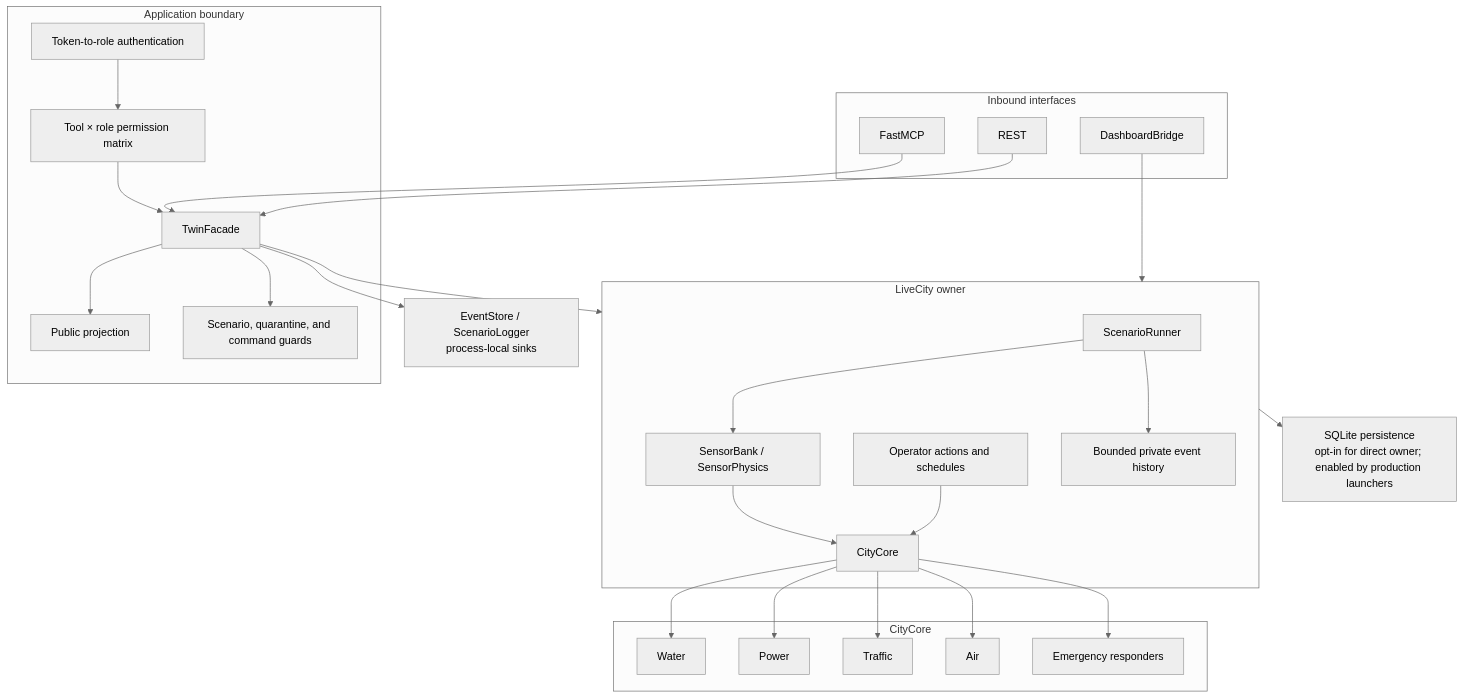
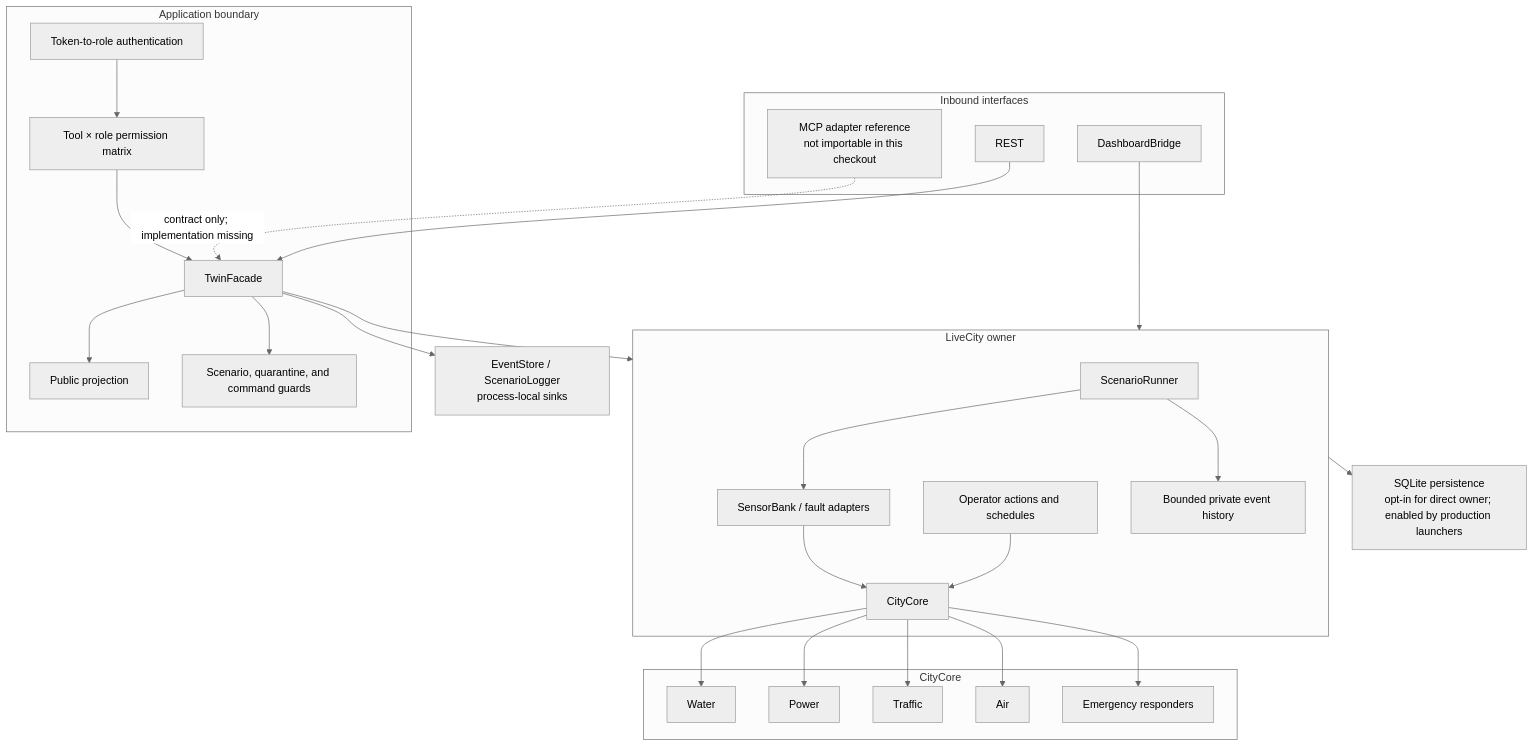
Before and after one commit to dhouhaichaouii/CS-TSYP-TWIN-LAYER: the second of 11 diagrams in docs/IEEE_TSYP14_CITY_BRAIN_CONVERGENCE_TECHNICAL_REPORT.md, drawn with Mermaid (neutral theme). The commit also changed other lines of this file and 6347 other files, not shown here.

````diff
--- a/docs/IEEE_TSYP14_CITY_BRAIN_CONVERGENCE_TECHNICAL_REPORT.md
+++ b/docs/IEEE_TSYP14_CITY_BRAIN_CONVERGENCE_TECHNICAL_REPORT.md
@@ -80,48 +80,48 @@
 ```mermaid
 flowchart TB
     subgraph Interfaces["Inbound interfaces"]
-      M["FastMCP"]
+      M["MCP adapter reference<br/>not importable in this checkout"]
       R["REST"]
       H["DashboardBridge"]
     end
     subgraph Boundary["Application boundary"]
       F["TwinFacade"]
       A["Token-to-role authentication"]
       PM["Tool × role permission matrix"]
       PR["Public projection"]
       Q["Scenario, quarantine, and command guards"]
       A --> PM --> F
       F --> PR
       F --> Q
     end
     subgraph Runtime["LiveCity owner"]
       SC["ScenarioRunner"]
-      SB["SensorBank / SensorPhysics"]
+      SB["SensorBank / fault adapters"]
       OP["Operator actions and schedules"]
       EVT["Bounded private event history"]
       SC --> SB
       SC --> EVT
       OP --> C["CityCore"]
       SB --> C
     end
     subgraph Core["CityCore"]
       W["Water"]
       P["Power"]
       T["Traffic"]
       AIR["Air"]
       E["Emergency responders"]
     end
     DB["SQLite persistence<br/>opt-in for direct owner; enabled by production launchers"]
     LOG["EventStore / ScenarioLogger<br/>process-local sinks"]
-    M --> F
+    M -. "contract only; implementation missing" .-> F
     R --> F
     H --> Runtime
     F --> Runtime
     C --> W
     C --> P
     C --> T
     C --> AIR
     C --> E
     Runtime --> DB
     F --> LOG
 ```
````
